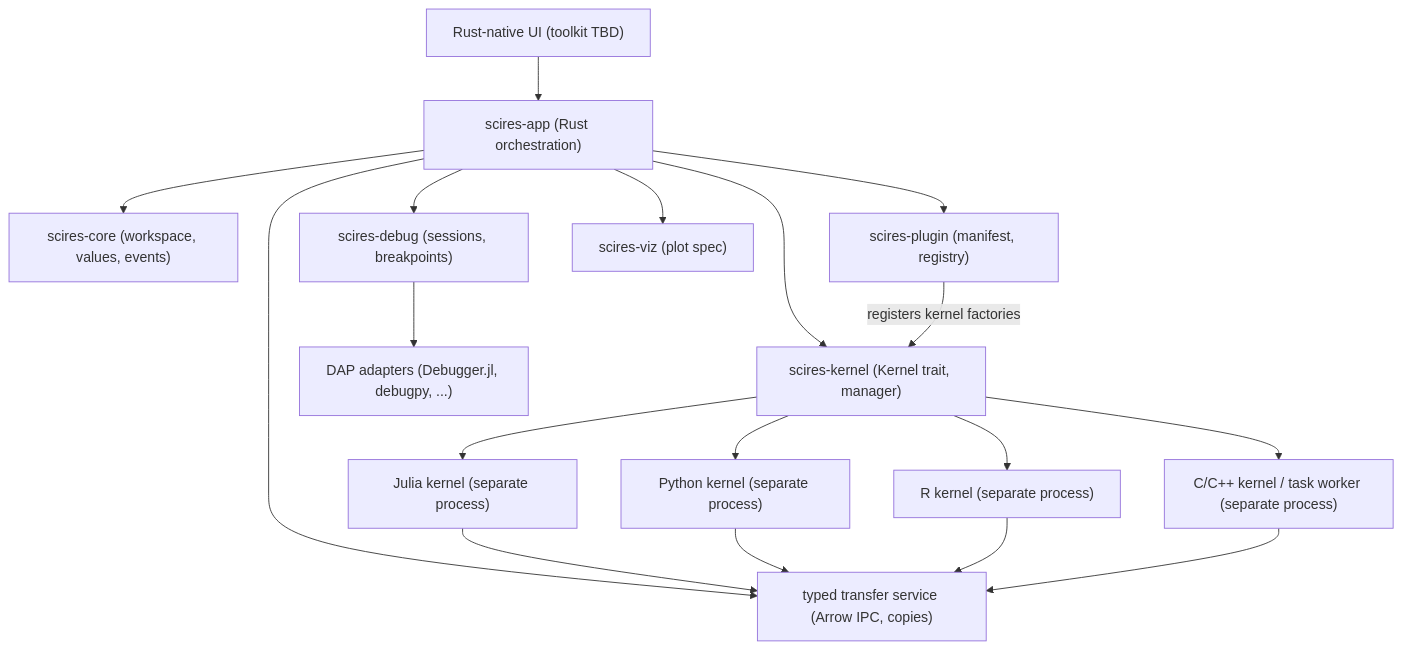
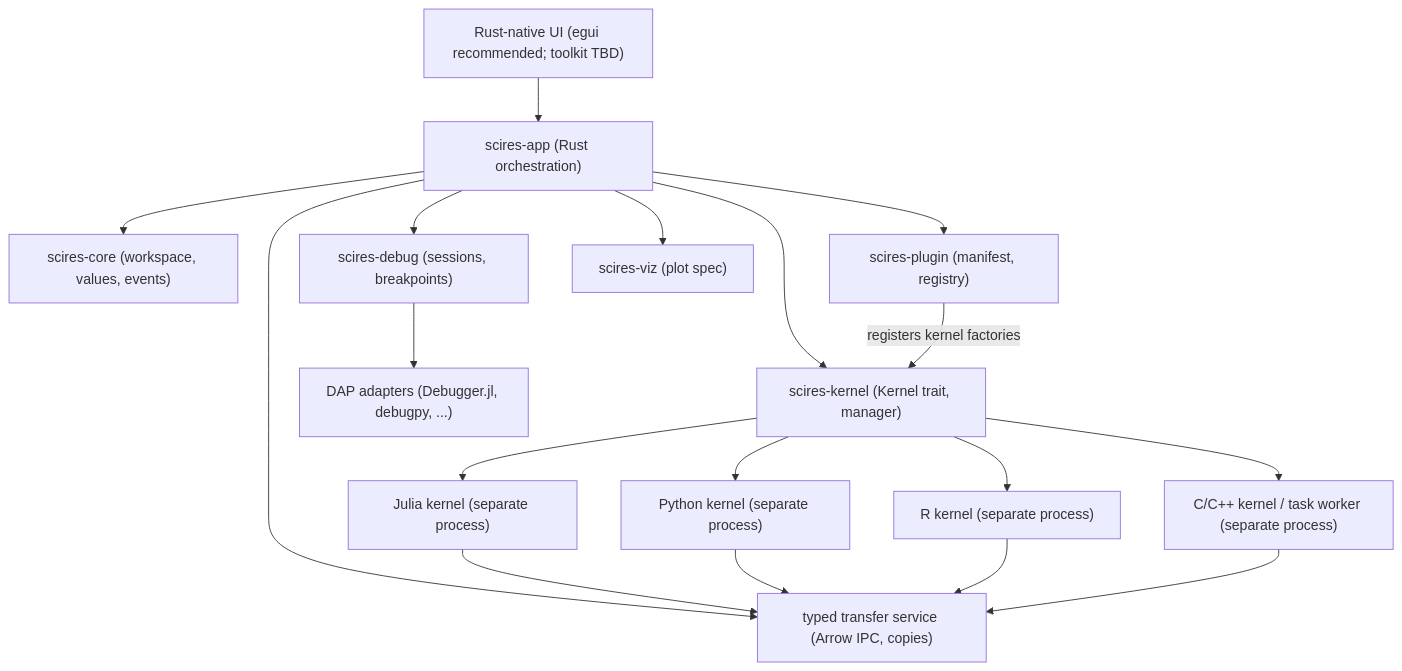
Before and after one commit to Augusto-Dantas/Scires: the first of 2 diagrams in docs/ARCHITECTURE.md, drawn with Mermaid. The commit also changed other lines of this file and 21 other files, not shown here.

````diff
--- a/docs/ARCHITECTURE.md
+++ b/docs/ARCHITECTURE.md
@@ -25,20 +26,20 @@
 ```mermaid
 flowchart TD
-    UI["Rust-native UI (toolkit TBD)"] --> APP["scires-app (Rust orchestration)"]
+    UI["Rust-native UI (egui recommended; toolkit TBD)"] --> APP["scires-app (Rust orchestration)"]
     APP --> CORE["scires-core (workspace, values, events)"]
     APP --> KER["scires-kernel (Kernel trait, manager)"]
     APP --> DBG["scires-debug (sessions, breakpoints)"]
     APP --> PLG["scires-plugin (manifest, registry)"]
     APP --> VIZ["scires-viz (plot spec)"]
     PLG -->|"registers kernel factories"| KER
     APP --> XFER["typed transfer service (Arrow IPC, copies)"]
     KER --> JL["Julia kernel (separate process)"]
     KER --> PY["Python kernel (separate process)"]
     KER --> R["R kernel (separate process)"]
     KER --> CC["C/C++ kernel / task worker (separate process)"]
     JL --> XFER
     PY --> XFER
     R --> XFER
     CC --> XFER
     DBG --> DAP["DAP adapters (Debugger.jl, debugpy, ...)"]
 ```
````
